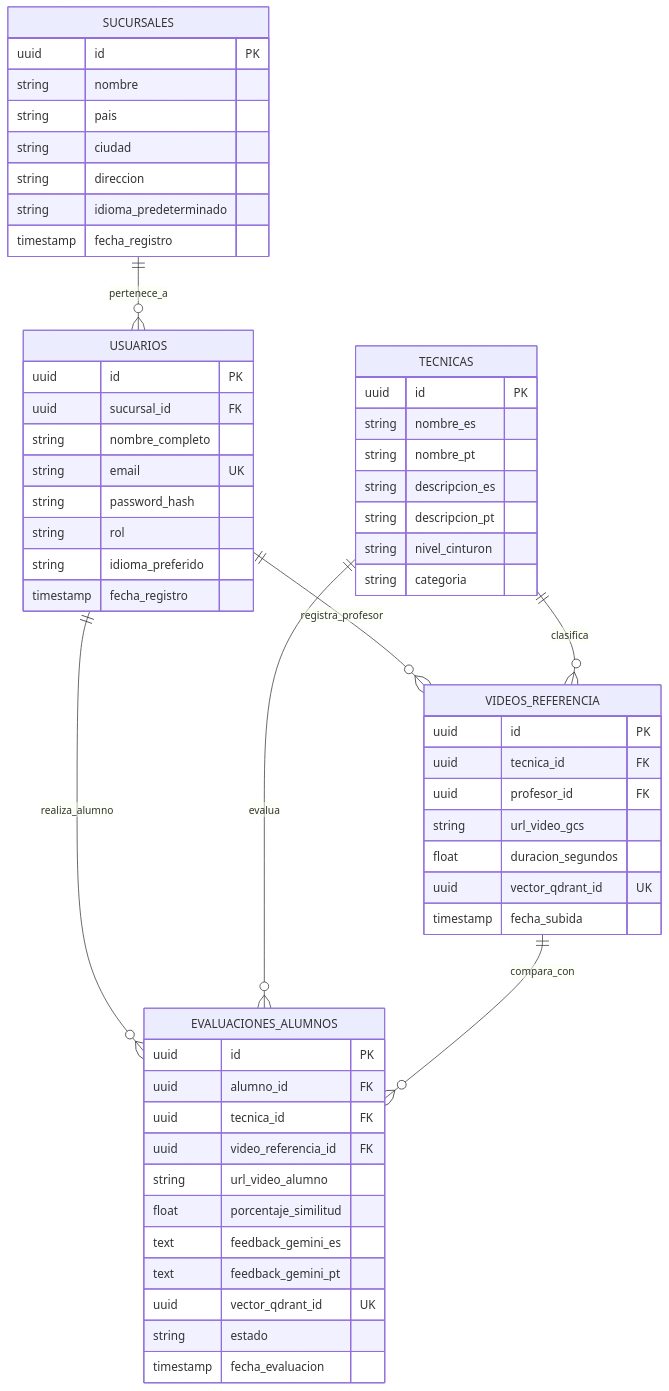
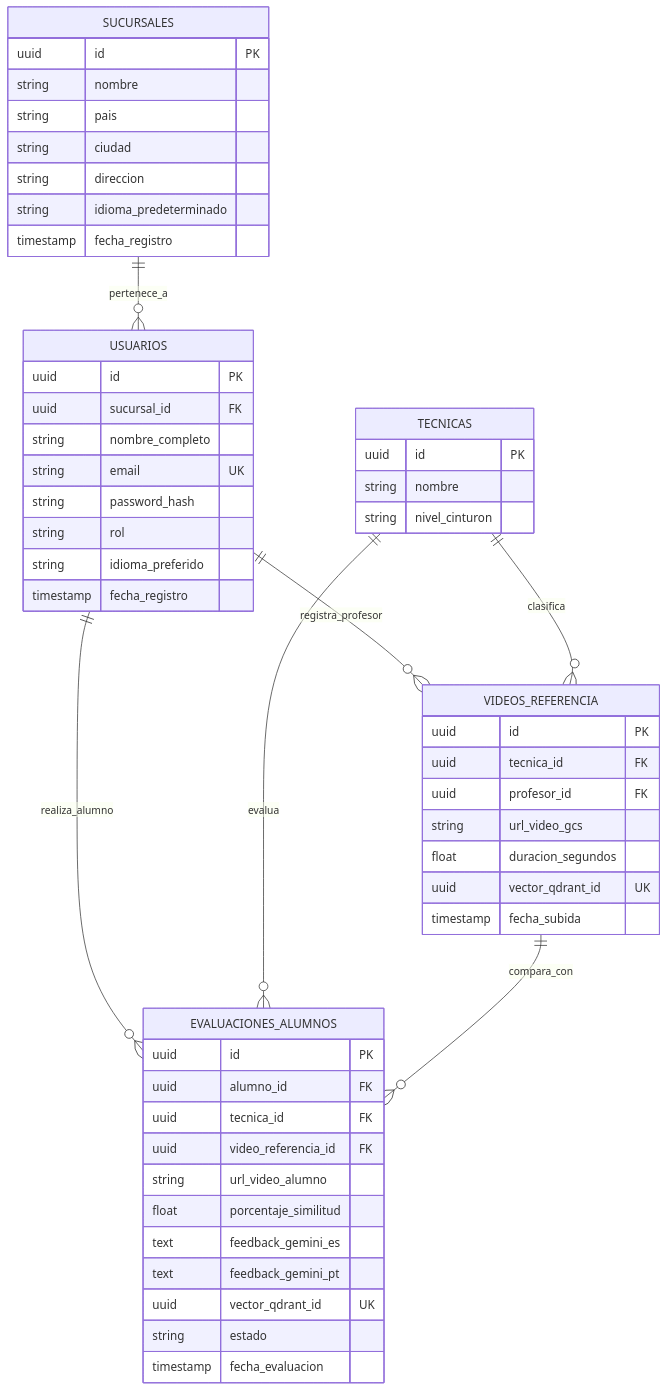
One commit to Tsmrain/JiuJitsu changed the diagram in ProyectoGrado/docs/DisenoBaseDatos.md. Above: the diagram before and after it, drawn with Mermaid. The commit also changed other lines of this file and 14 other files, not shown here.

````diff
--- a/ProyectoGrado/docs/DisenoBaseDatos.md
+++ b/ProyectoGrado/docs/DisenoBaseDatos.md
@@ -39,64 +39,60 @@
 ```mermaid
 erDiagram
     SUCURSALES ||--o{ USUARIOS : "pertenece_a"
     USUARIOS ||--o{ VIDEOS_REFERENCIA : "registra_profesor"
     USUARIOS ||--o{ EVALUACIONES_ALUMNOS : "realiza_alumno"
     TECNICAS ||--o{ VIDEOS_REFERENCIA : "clasifica"
     TECNICAS ||--o{ EVALUACIONES_ALUMNOS : "evalua"
     VIDEOS_REFERENCIA ||--o{ EVALUACIONES_ALUMNOS : "compara_con"
 
     SUCURSALES {
         uuid id PK
         string nombre
         string pais
         string ciudad
         string direccion
         string idioma_predeterminado
         timestamp fecha_registro
     }
 
     USUARIOS {
         uuid id PK
         uuid sucursal_id FK
         string nombre_completo
         string email UK
         string password_hash
         string rol
         string idioma_preferido
         timestamp fecha_registro
     }
 
     TECNICAS {
         uuid id PK
-        string nombre_es
-        string nombre_pt
-        string descripcion_es
-        string descripcion_pt
+        string nombre
         string nivel_cinturon
-        string categoria
     }
 
     VIDEOS_REFERENCIA {
         uuid id PK
         uuid tecnica_id FK
         uuid profesor_id FK
         string url_video_gcs
         float duracion_segundos
         uuid vector_qdrant_id UK
         timestamp fecha_subida
     }
 
     EVALUACIONES_ALUMNOS {
         uuid id PK
         uuid alumno_id FK
         uuid tecnica_id FK
         uuid video_referencia_id FK
         string url_video_alumno
         float porcentaje_similitud
         text feedback_gemini_es
         text feedback_gemini_pt
         uuid vector_qdrant_id UK
         string estado
         timestamp fecha_evaluacion
     }
 ```
````
